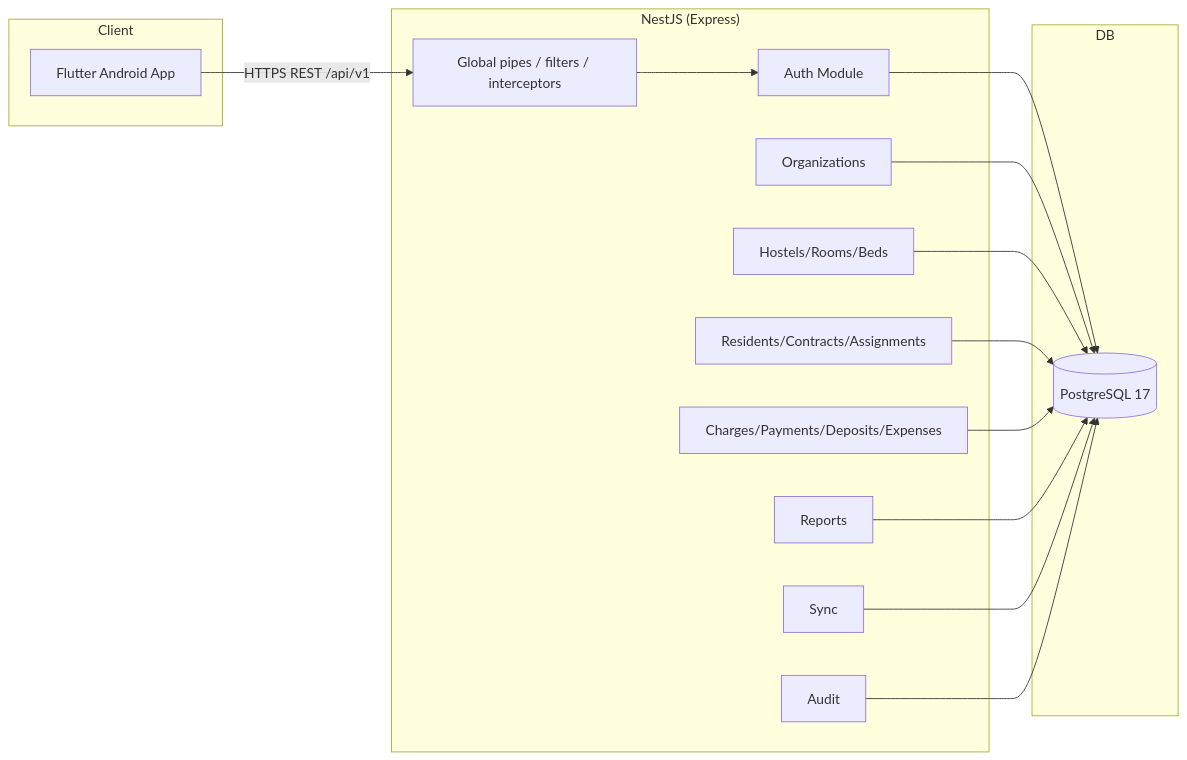
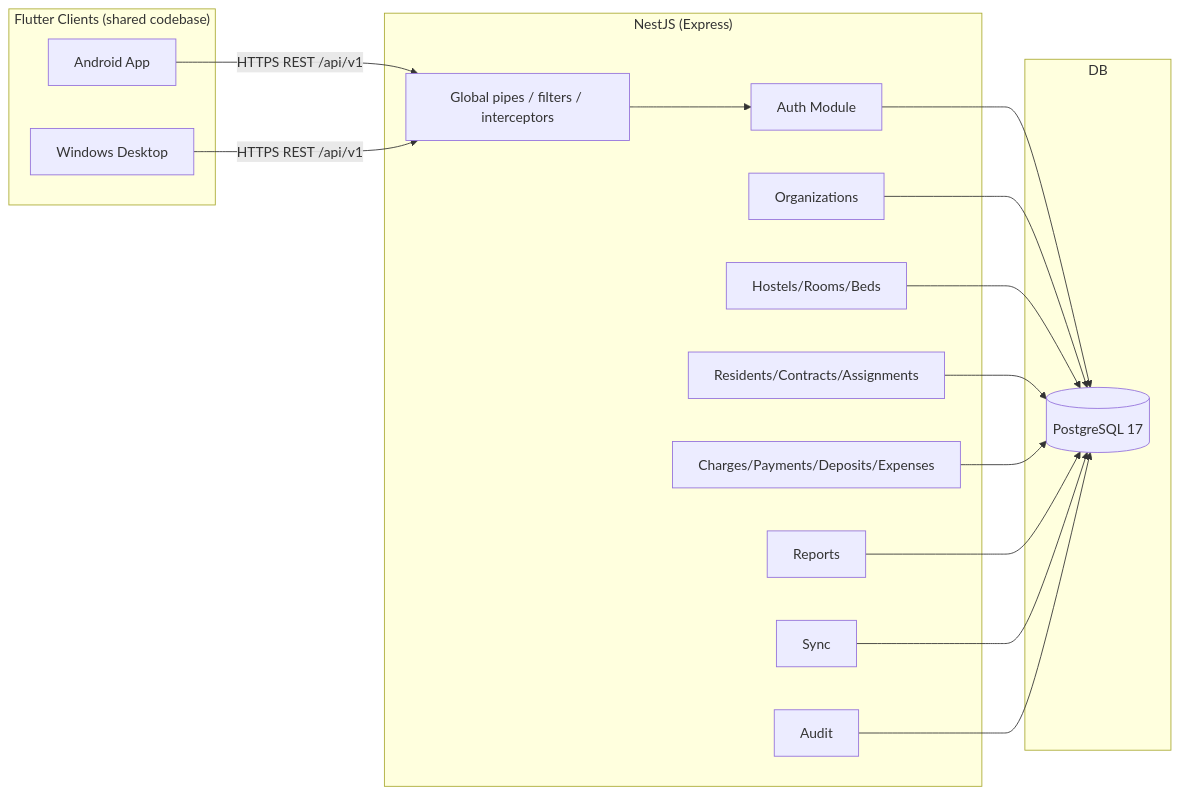
The first of 2 diagrams in docs/architecture/architecture-overview.md (sakhi420/eskan), drawn with Mermaid before and after one commit. The commit also changed other lines of this file and 28 other files, not shown here.

````diff
--- a/docs/architecture/architecture-overview.md
+++ b/docs/architecture/architecture-overview.md
@@ -9,30 +20,32 @@
 ```mermaid
 flowchart LR
-  subgraph Client
-    APP[Flutter Android App]
+  subgraph Client["Flutter Clients (shared codebase)"]
+    ANDROID[Android App]
+    DESKTOP[Windows Desktop]
   end
   subgraph Backend["NestJS (Express)"]
     GW[Global pipes / filters / interceptors]
     AUTH[Auth Module]
     ORG[Organizations]
     HOST[Hostels/Rooms/Beds]
     RES[Residents/Contracts/Assignments]
     FIN[Charges/Payments/Deposits/Expenses]
     REP[Reports]
     SYNC[Sync]
     AUD[Audit]
   end
   subgraph DB
     PG[(PostgreSQL 17)]
   end
-  APP -->|HTTPS REST /api/v1| GW
+  ANDROID -->|HTTPS REST /api/v1| GW
+  DESKTOP -->|HTTPS REST /api/v1| GW
   GW --> AUTH
   AUTH --> PG
   ORG --> PG
   HOST --> PG
   RES --> PG
   FIN --> PG
   REP --> PG
   SYNC --> PG
   AUD --> PG
 ```
````
